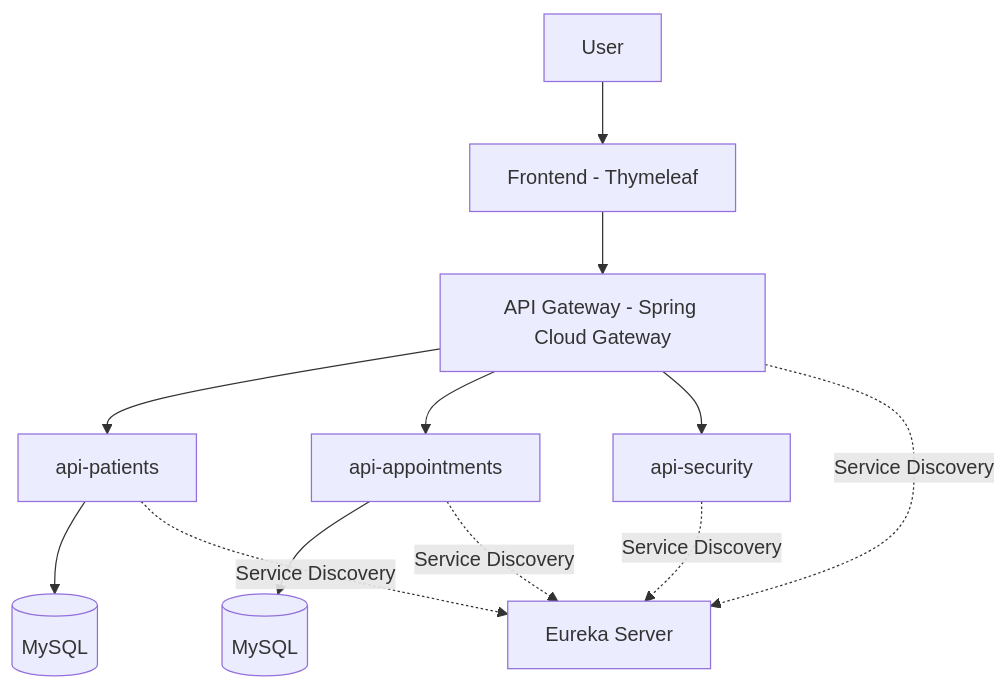
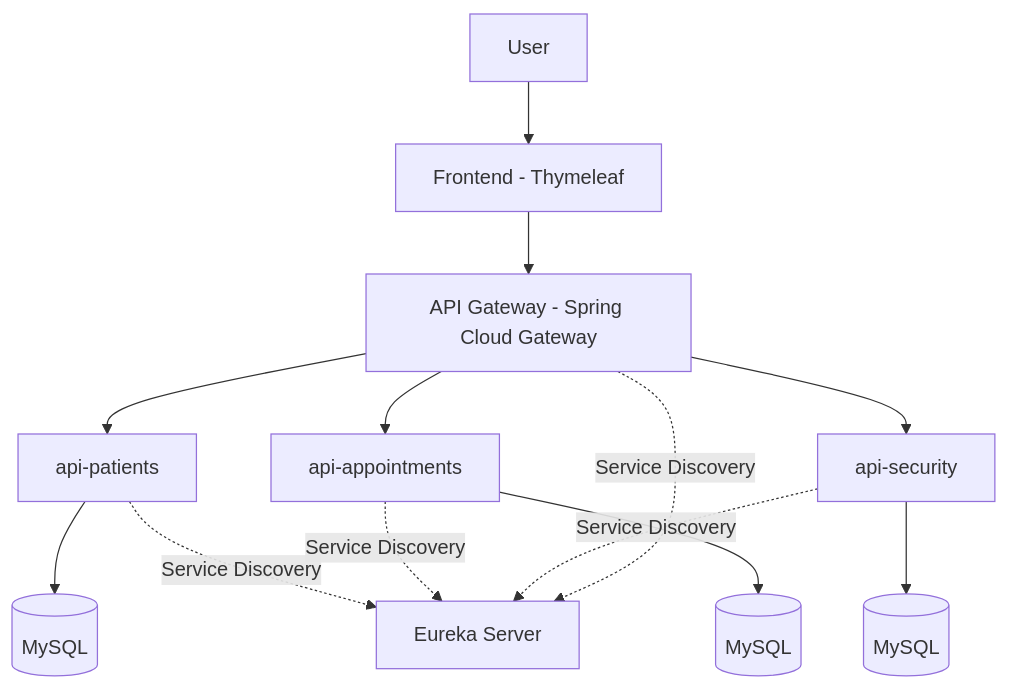
One commit to Mauricioijp/healthsync changed the diagram in README.md. Above: the diagram before and after it, drawn with Mermaid. The commit also changed other lines of this file, not shown here.

````diff
--- a/README.md
+++ b/README.md
@@ -49,16 +49,18 @@
 ```mermaid
 flowchart TD
     U[User] --> F[Frontend - Thymeleaf]
     F --> G[API Gateway - Spring Cloud Gateway]
+
     G --> P[api-patients]
     G --> A[api-appointments]
     G --> S[api-security]
 
     P --> DB1[(MySQL)]
     A --> DB2[(MySQL)]
+    S --> DB3[(MySQL)]
 
     P -. Service Discovery .-> E[Eureka Server]
     A -. Service Discovery .-> E
     S -. Service Discovery .-> E
     G -. Service Discovery .-> E
 ```
````
